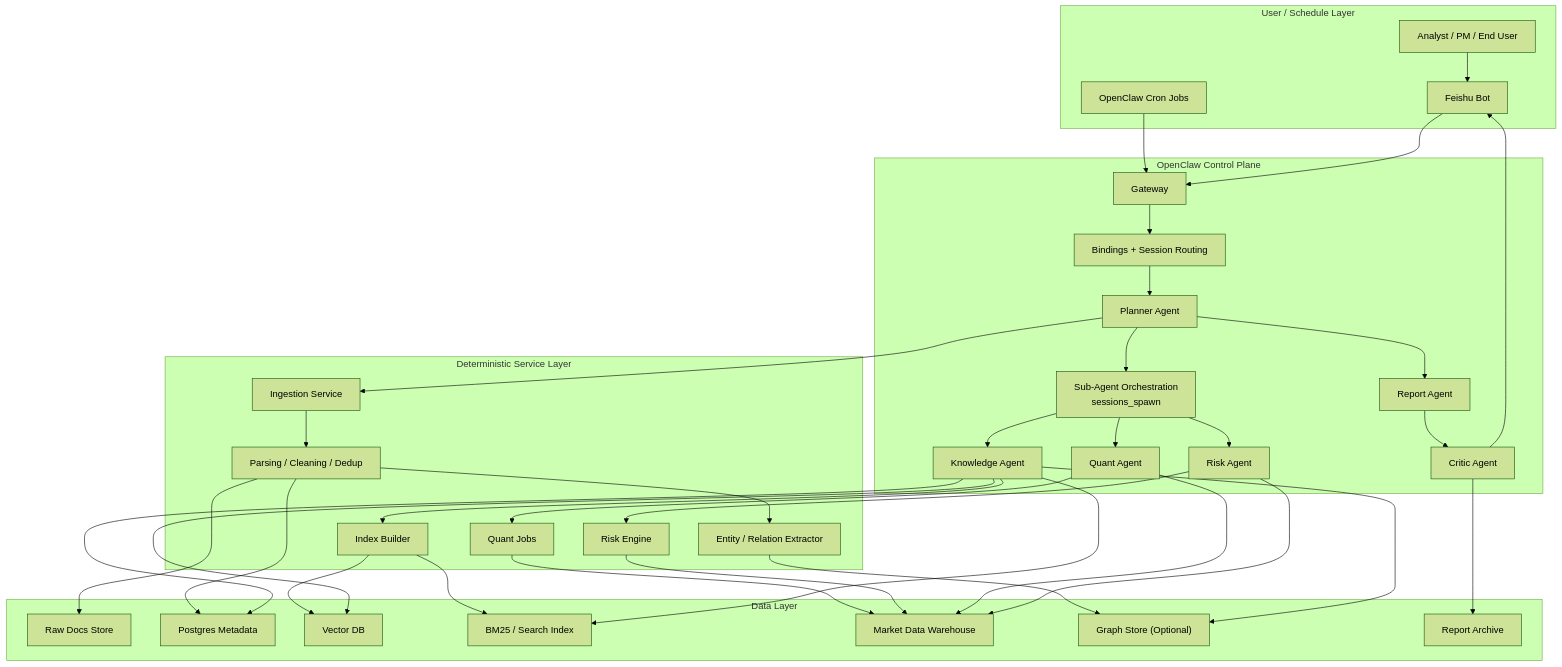
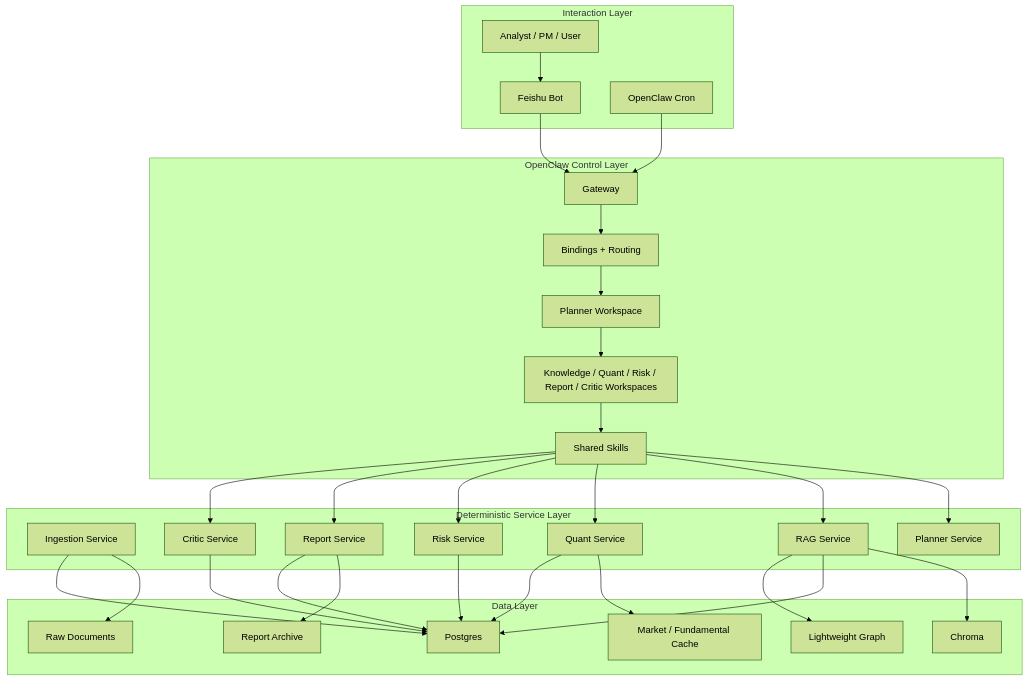
One commit to yuchangyuan1/openclaw-quant-agent changed the first of 3 diagrams in openclaw-multi-agent-architecture.md. Above: the diagram before and after it, drawn with Mermaid (forest theme). The commit also changed other lines of this file and 13 other files, not shown here.

Commit message:
Update architecture and project documentation

````diff
--- a/openclaw-multi-agent-architecture.md
+++ b/openclaw-multi-agent-architecture.md
@@ -101,73 +134,61 @@
 ```mermaid
 flowchart TB
-  subgraph U["User / Schedule Layer"]
+  subgraph U["Interaction Layer"]
     FEI["Feishu Bot"]
-    CRON["OpenClaw Cron Jobs"]
-    USER["Analyst / PM / End User"]
+    CRON["OpenClaw Cron"]
+    USER["Analyst / PM / User"]
   end
 
-  subgraph O["OpenClaw Control Plane"]
+  subgraph O["OpenClaw Control Layer"]
     GW["Gateway"]
-    RT["Bindings + Session Routing"]
-    PL["Planner Agent"]
-    KA["Knowledge Agent"]
-    QA["Quant Agent"]
-    RA["Risk Agent"]
-    RE["Report Agent"]
-    CA["Critic Agent"]
-    SA["Sub-Agent Orchestration<br/>sessions_spawn"]
+    RT["Bindings + Routing"]
+    PL["Planner Workspace"]
+    WS["Knowledge / Quant / Risk / Report / Critic Workspaces"]
+    SK["Shared Skills"]
   end
 
   subgraph S["Deterministic Service Layer"]
     ING["Ingestion Service"]
-    PAR["Parsing / Cleaning / Dedup"]
-    IDX["Index Builder"]
-    QJOB["Quant Jobs"]
-    RJOB["Risk Engine"]
-    KGX["Entity / Relation Extractor"]
+    RAG["RAG Service"]
+    PLS["Planner Service"]
+    QNT["Quant Service"]
+    RSK["Risk Service"]
+    REP["Report Service"]
+    CRT["Critic Service"]
   end
 
   subgraph D["Data Layer"]
-    RAW["Raw Docs Store"]
-    META["Postgres Metadata"]
-    VDB["Vector DB"]
-    BM25["BM25 / Search Index"]
-    MKT["Market Data Warehouse"]
-    GDB["Graph Store (Optional)"]
-    REP["Report Archive"]
+    RAW["Raw Documents"]
+    PG["Postgres"]
+    KG["Lightweight Graph"]
+    CH["Chroma"]
+    MKT["Market / Fundamental Cache"]
+    ARC["Report Archive"]
   end
 
   USER --> FEI
+  FEI --> GW
   CRON --> GW
-  FEI --> GW
   GW --> RT
   RT --> PL
-  PL --> SA
-  SA --> KA
-  SA --> QA
-  SA --> RA
-  PL --> RE
-  RE --> CA
-  CA --> FEI
-  CA --> REP
+  PL --> WS
+  WS --> SK
+  SK --> PLS
+  SK --> RAG
+  SK --> QNT
+  SK --> RSK
+  SK --> REP
+  SK --> CRT
 
-  PL --> ING
-  KA --> IDX
-  QA --> QJOB
-  RA --> RJOB
-  ING --> PAR
-  PAR --> RAW
-  PAR --> META
-  IDX --> VDB
-  IDX --> BM25
-  QJOB --> MKT
-  RJOB --> MKT
-  KGX --> GDB
-  PAR --> KGX
-  KA --> VDB
-  KA --> BM25
-  KA --> META
-  KA --> GDB
-  QA --> MKT
-  RA --> MKT
+  ING --> RAW
+  ING --> PG
+  RAG --> CH
+  RAG --> PG
+  RAG --> KG
+  QNT --> MKT
+  QNT --> PG
+  RSK --> PG
+  REP --> ARC
+  REP --> PG
+  CRT --> PG
 ```
````
